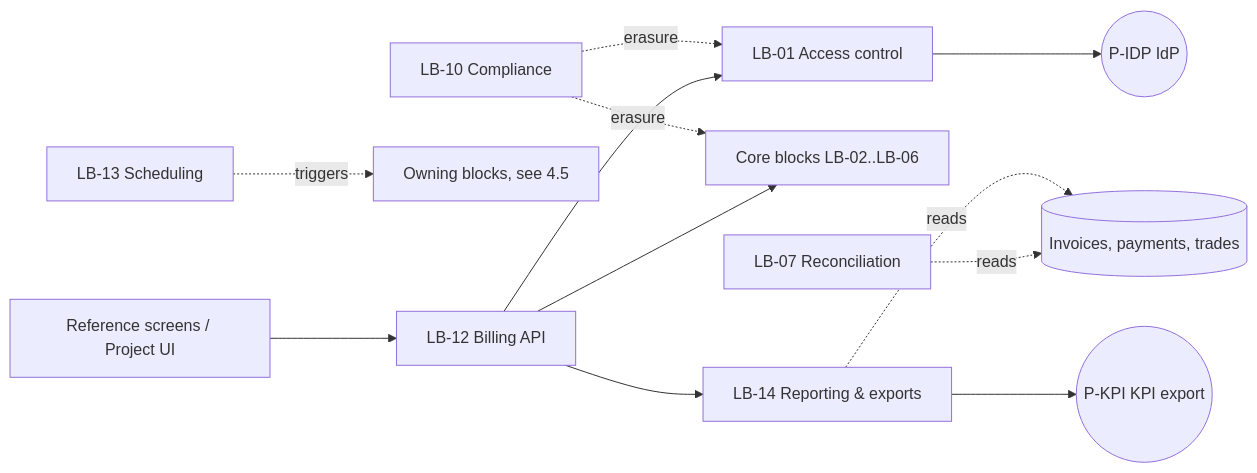
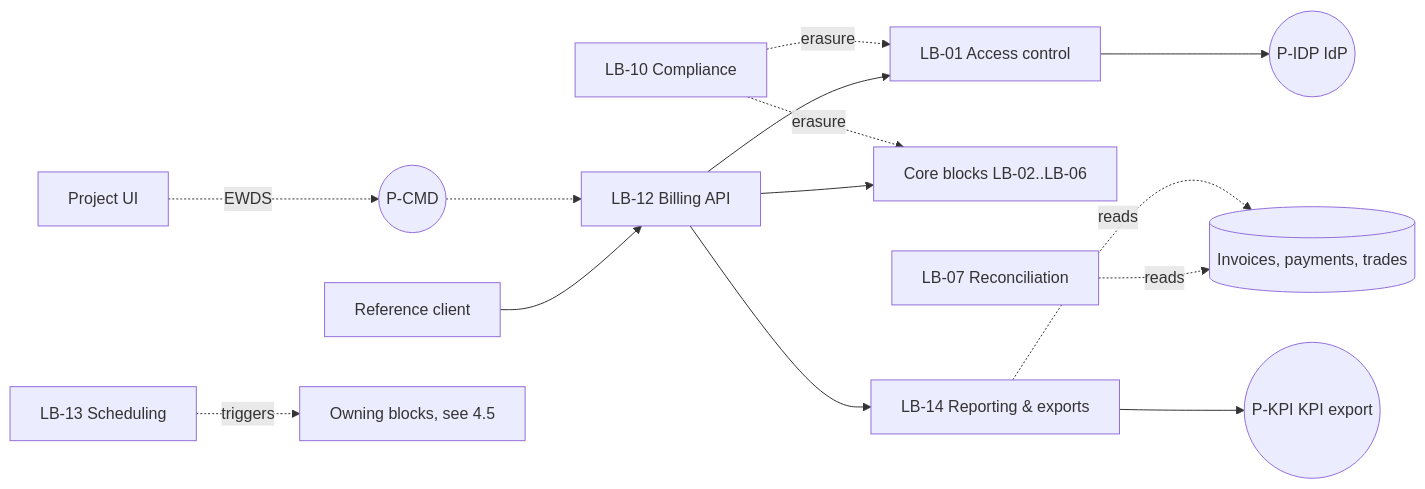
One commit to blooo-io/intelligent-eu-bps-source changed the third of 10 diagrams in docs/architecture/02-logical-architecture.md. Above: the diagram before and after it, drawn with Mermaid. The commit also changed other lines of this file and 96 other files, not shown here.

````diff
--- a/docs/architecture/02-logical-architecture.md
+++ b/docs/architecture/02-logical-architecture.md
@@ -88,13 +93,16 @@
 ```mermaid
 %% elk %%
 flowchart LR
-  UI[Reference screens / Project UI] --> API[LB-12 Billing API] --> IAM[LB-01 Access control] --> IDP((P-IDP IdP))
+  UI[Reference client] --> API[LB-12 Billing API]
+  PUI[Project UI] -. EWDS .-> CMD((P-CMD))
+  CMD -.-> API
+  API --> IAM[LB-01 Access control] --> IDP((P-IDP IdP))
   API --> CORE[Core blocks LB-02..LB-06]
   API --> RPT[LB-14 Reporting & exports]
   REC[LB-07 Reconciliation] -. reads .-> DATA[(Invoices, payments, trades)]
   RPT -. reads .-> DATA
   RPT --> KPI((P-KPI KPI export))
   JOB[LB-13 Scheduling] -. triggers .-> OWN[Owning blocks, see 4.5]
   CMP[LB-10 Compliance] -. erasure .-> CORE
   CMP -. erasure .-> IAM
 ```
````
